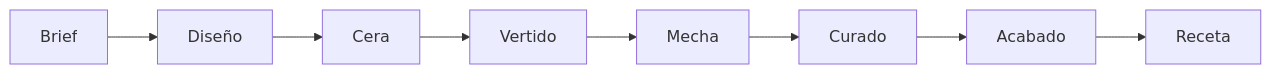
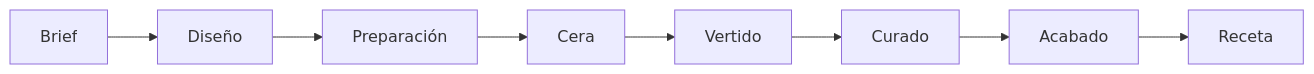
One commit to MiguelCock/ParafinaGel changed the diagram in README.md. Above: the diagram before and after it, drawn with Mermaid. The commit also changed other lines of this file and 26 other files, not shown here.

````diff
--- a/README.md
+++ b/README.md
@@ -37,4 +37,4 @@
 ```mermaid
 flowchart LR
-  A[Brief] --> B[Diseño] --> C[Cera] --> D[Vertido] --> E[Mecha] --> F[Curado] --> G[Acabado] --> H[Receta]
+  A[Brief] --> B[Diseño] --> C[Preparación] --> D[Cera] --> E[Vertido] --> F[Curado] --> G[Acabado] --> H[Receta]
 ```
````
